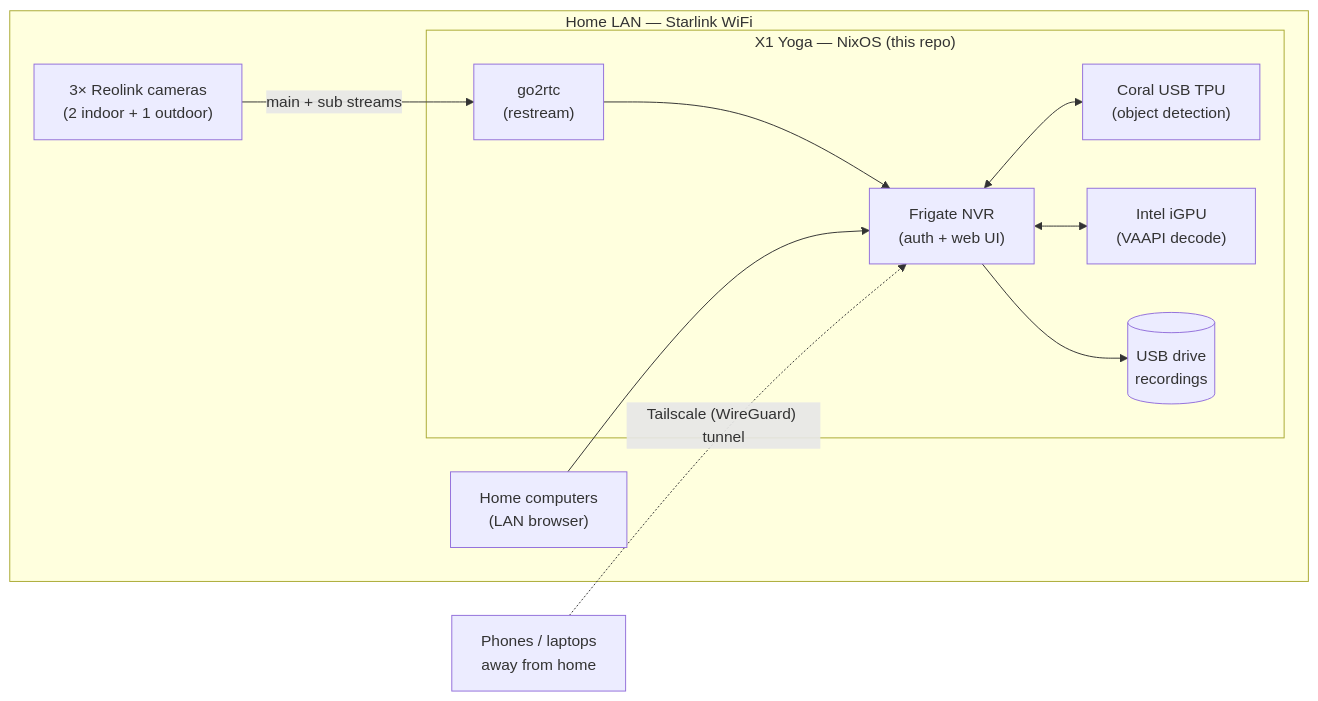
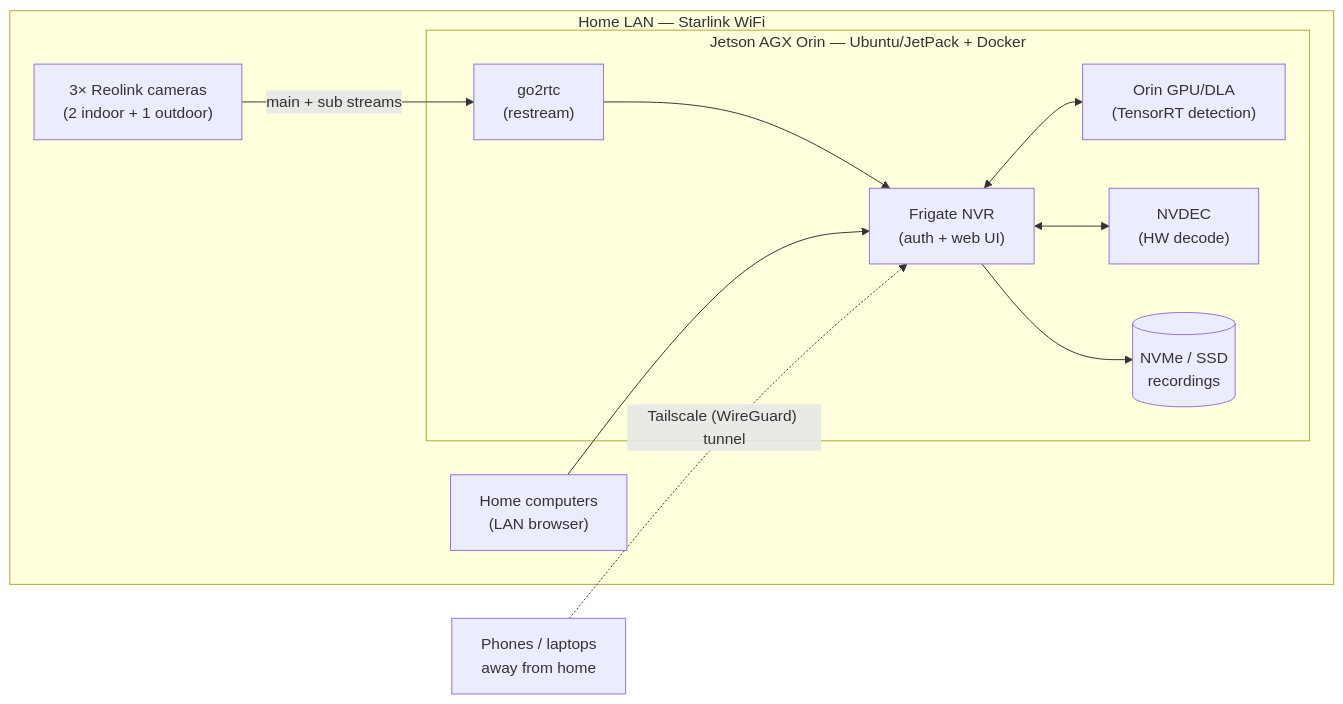
One commit to williamdemeo/homesec changed the diagram in README.md. Above: the diagram before and after it, drawn with Mermaid. The commit also changed other lines of this file, not shown here.

First line of the commit message:
README: reflect current plan — Jetson host, Ubuntu/Docker, Coral optional

````diff
--- a/README.md
+++ b/README.md
@@ -55,23 +60,23 @@
 ```mermaid
 flowchart LR
   subgraph lan["Home LAN — Starlink WiFi"]
     cams["3× Reolink cameras<br/>(2 indoor + 1 outdoor)"]
-    subgraph srv["X1 Yoga — NixOS (this repo)"]
+    subgraph srv["Jetson AGX Orin — Ubuntu/JetPack + Docker"]
       go2rtc["go2rtc<br/>(restream)"]
       frigate["Frigate NVR<br/>(auth + web UI)"]
-      coral["Coral USB TPU<br/>(object detection)"]
-      vaapi["Intel iGPU<br/>(VAAPI decode)"]
-      hdd[("USB drive<br/>recordings")]
+      detect["Orin GPU/DLA<br/>(TensorRT detection)"]
+      decode["NVDEC<br/>(HW decode)"]
+      disk[("NVMe / SSD<br/>recordings")]
     end
     pc["Home computers<br/>(LAN browser)"]
   end
   phones["Phones / laptops<br/>away from home"]
 
   cams -- "main + sub streams" --> go2rtc
   go2rtc --> frigate
-  frigate <--> coral
-  frigate <--> vaapi
-  frigate --> hdd
+  frigate <--> detect
+  frigate <--> decode
+  frigate --> disk
   pc --> frigate
   phones -. "Tailscale (WireGuard) tunnel" .-> frigate
 ```
````
